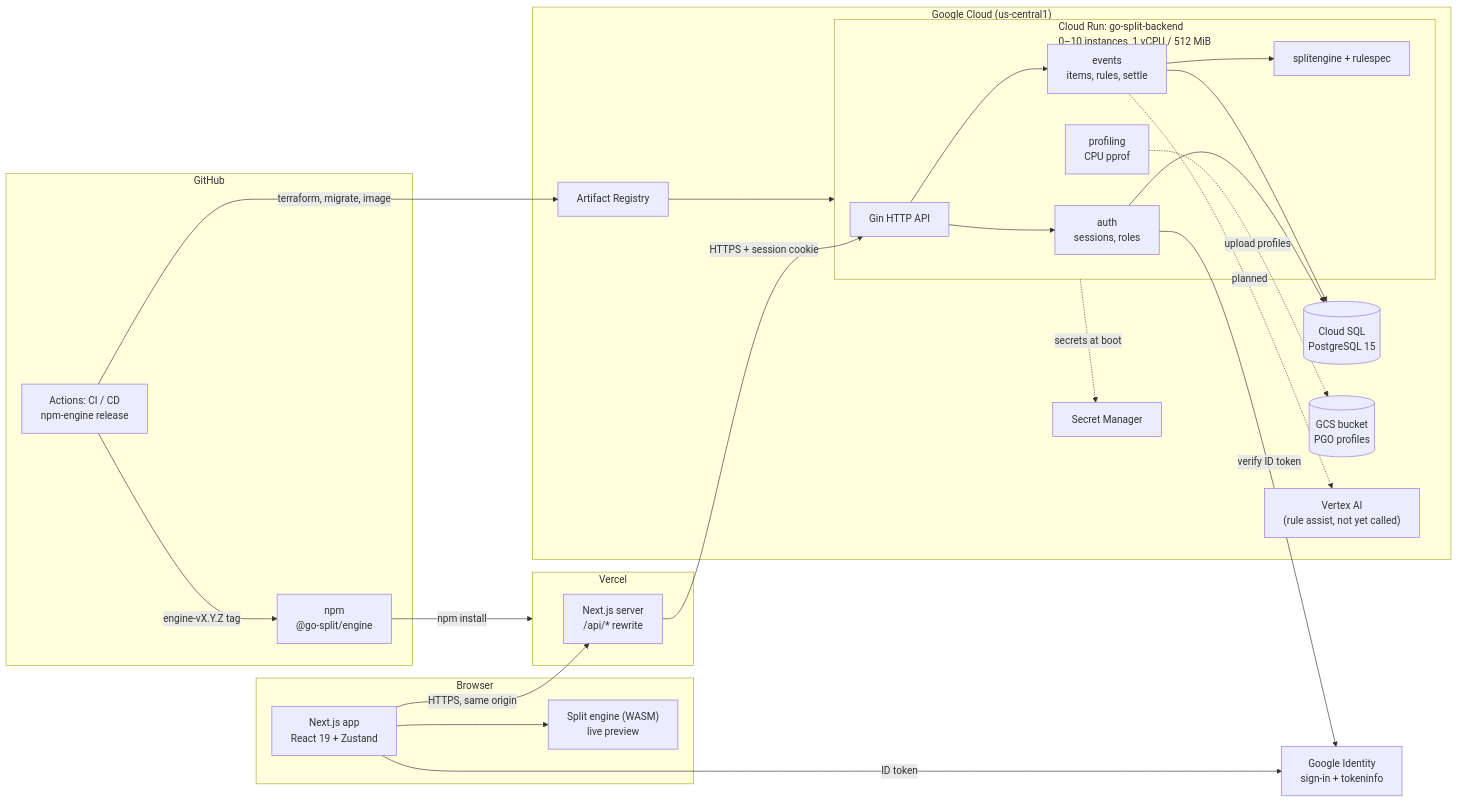
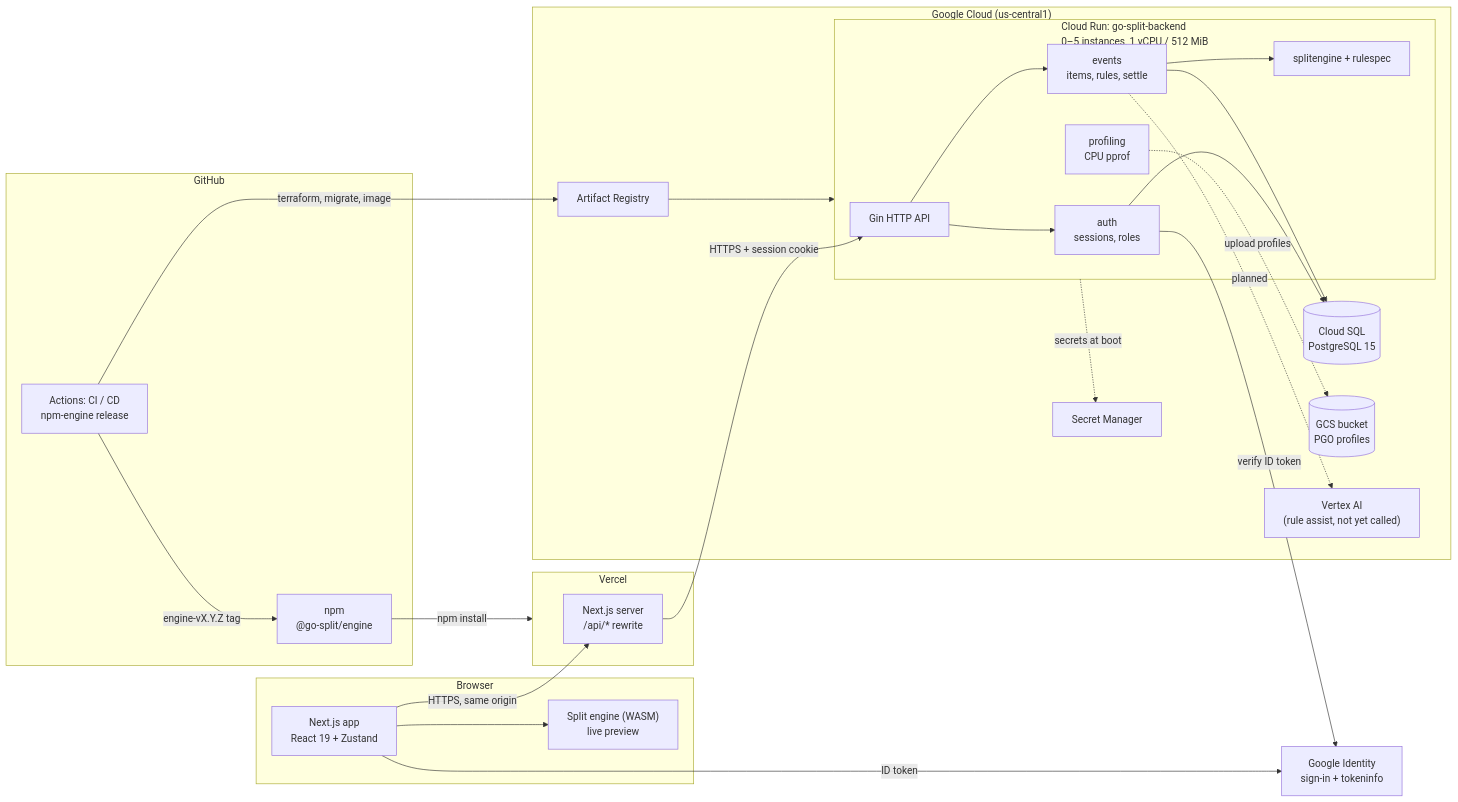
Before and after one commit to 2026-MentorShip-Project/go-split-backend: the third of 3 diagrams in docs/report/01-architecture.md, drawn with Mermaid. The commit also changed other lines of this file and 3 other files, not shown here.

````diff
--- a/docs/report/01-architecture.md
+++ b/docs/report/01-architecture.md
@@ -124,52 +124,52 @@
 ```mermaid
 flowchart LR
     subgraph Browser
         UI["Next.js app<br/>React 19 + Zustand"]
         WASM["Split engine (WASM)<br/>live preview"]
         UI --> WASM
     end
 
     Google["Google Identity<br/>sign-in + tokeninfo"]
 
     subgraph Vercel
         FE["Next.js server<br/>/api/* rewrite"]
     end
 
     subgraph GCP["Google Cloud (us-central1)"]
-        subgraph Run["Cloud Run: go-split-backend<br/>0–10 instances, 1 vCPU / 512 MiB"]
+        subgraph Run["Cloud Run: go-split-backend<br/>0–5 instances, 1 vCPU / 512 MiB"]
             API["Gin HTTP API"]
             AUTH["auth<br/>sessions, roles"]
             EVT["events<br/>items, rules, settle"]
             ENG["splitengine + rulespec"]
             PROF["profiling<br/>CPU pprof"]
             API --> AUTH
             API --> EVT
             EVT --> ENG
         end
         SQL[("Cloud SQL<br/>PostgreSQL 15")]
         SM["Secret Manager"]
         GCS[("GCS bucket<br/>PGO profiles")]
         VTX["Vertex AI<br/>(rule assist, not yet called)"]
         GAR["Artifact Registry"]
     end
 
     subgraph GitHub
         CI["Actions: CI / CD<br/>npm-engine release"]
         NPM["npm<br/>@go-split/engine"]
     end
 
     UI -- "HTTPS, same origin" --> FE
     UI -- "ID token" --> Google
     FE -- "HTTPS + session cookie" --> API
     AUTH -- "verify ID token" --> Google
     AUTH --> SQL
     EVT --> SQL
     Run -. "secrets at boot" .-> SM
     PROF -. "upload profiles" .-> GCS
     EVT -. planned .-> VTX
 
     CI -- "terraform, migrate, image" --> GAR
     GAR --> Run
     CI -- "engine-vX.Y.Z tag" --> NPM
     NPM -- "npm install" --> Vercel
 ```
````
